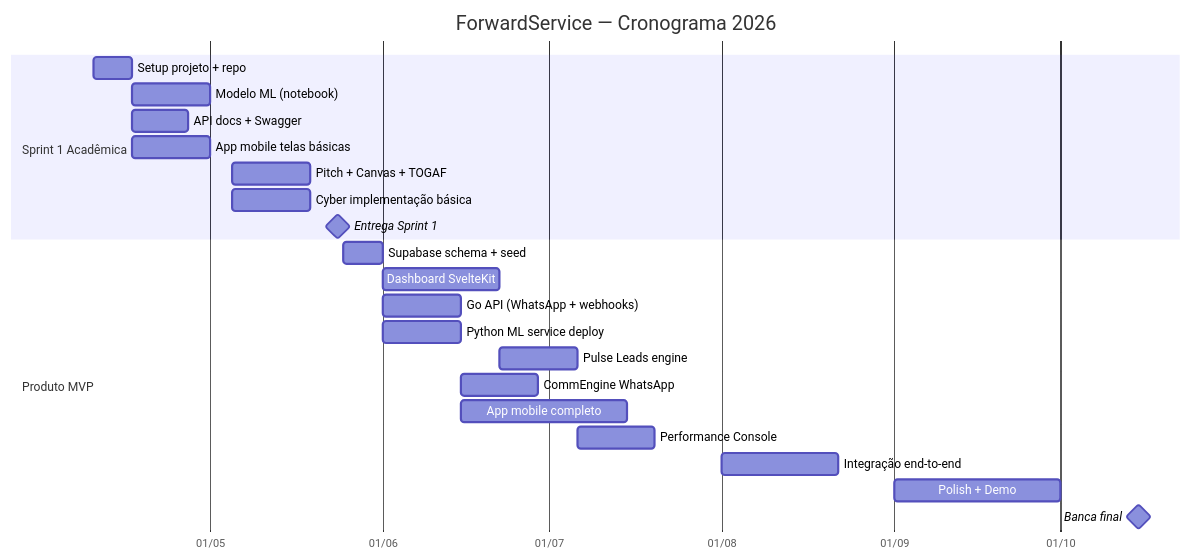
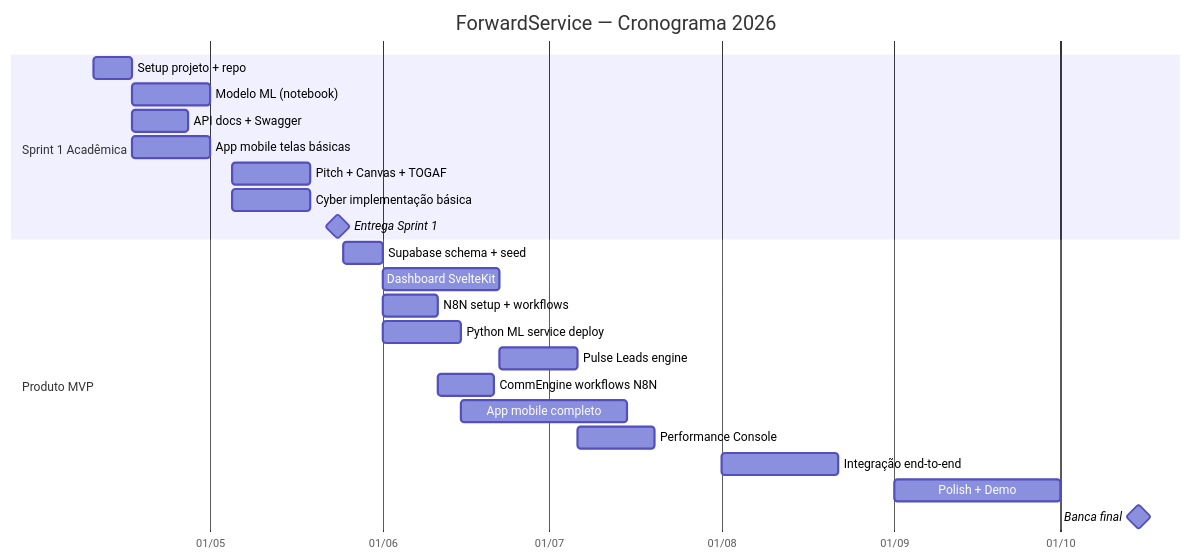
Before and after one commit to fwd-ford/forward-docs: the fifth of 5 diagrams in project/03_SOLUTION_DESIGN.md, drawn with Mermaid. The commit also changed other lines of this file and 1 other file, not shown here.

First line of the commit message:
docs: substituir Go API por N8N na arquitetura

````diff
--- a/project/03_SOLUTION_DESIGN.md
+++ b/project/03_SOLUTION_DESIGN.md
@@ -483,28 +490,28 @@
 ```mermaid
 gantt
     title ForwardService — Cronograma 2026
     dateFormat YYYY-MM-DD
     axisFormat %d/%m
 
     section Sprint 1 Acadêmica
     Setup projeto + repo           :s1, 2026-04-10, 7d
     Modelo ML (notebook)           :s2, after s1, 14d
     API docs + Swagger             :s3, after s1, 10d
     App mobile telas básicas       :s4, after s1, 14d
     Pitch + Canvas + TOGAF         :s5, 2026-05-05, 14d
     Cyber implementação básica     :s6, 2026-05-05, 14d
     Entrega Sprint 1               :milestone, 2026-05-24, 0d
 
     section Produto MVP
     Supabase schema + seed         :m1, 2026-05-25, 7d
     Dashboard SvelteKit            :m2, after m1, 21d
-    Go API (WhatsApp + webhooks)   :m3, after m1, 14d
+    N8N setup + workflows          :m3, after m1, 10d
     Python ML service deploy       :m4, after m1, 14d
     Pulse Leads engine             :m5, after m2, 14d
-    CommEngine WhatsApp            :m6, after m3, 14d
+    CommEngine workflows N8N       :m6, after m3, 10d
     App mobile completo            :m7, 2026-06-15, 30d
     Performance Console            :m8, after m5, 14d
     Integração end-to-end          :m9, 2026-08-01, 21d
     Polish + Demo                  :m10, 2026-09-01, 30d
     Banca final                    :milestone, 2026-10-15, 0d
 ```
````
